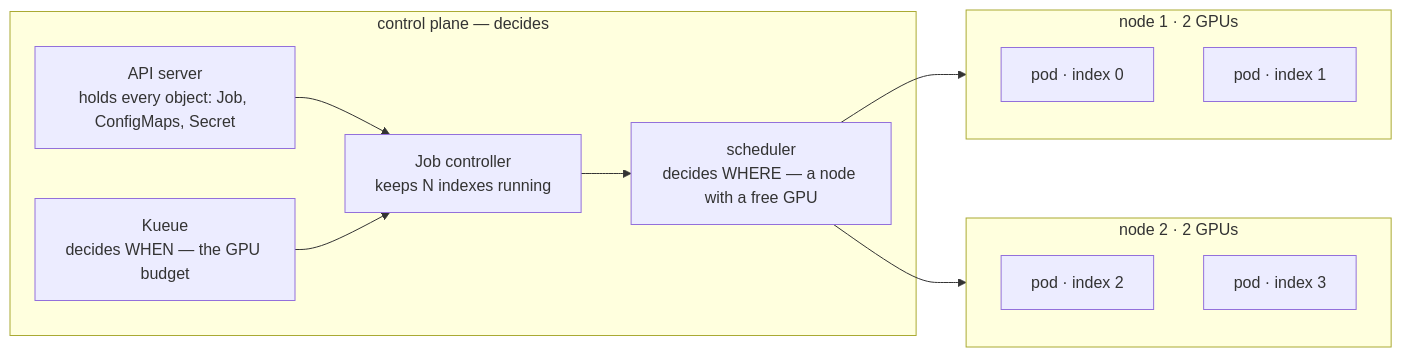
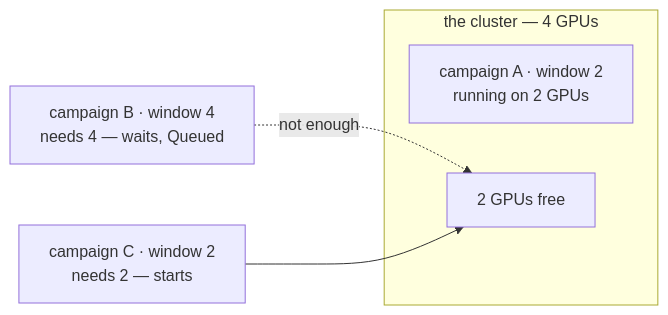
One commit to AI-Riksarkivet/htrflow-batch changed the diagram in docs/slides/assets/part-1-from-one-folder-to-the-archive-7.mmd. Above: the diagram before and after it, drawn with Mermaid. The commit also changed 65 other files, not shown here.

First line of the commit message:
docs(slides): hand-drawn diagrams with icons

```diff
--- a/docs/slides/assets/part-1-from-one-folder-to-the-archive-7.mmd
+++ b/docs/slides/assets/part-1-from-one-folder-to-the-archive-7.mmd
@@ -1,19 +1,9 @@
 flowchart LR
-  subgraph CP["control plane — decides"]
-    API["API server<br/>holds every object: Job, ConfigMaps, Secret"]
-    JC["Job controller<br/>keeps N indexes running"]
-    KQ["Kueue<br/>decides WHEN — the GPU budget"]
-    SCH["scheduler<br/>decides WHERE — a node with a free GPU"]
+  subgraph CL["the cluster — 4 GPUs"]
+    A["campaign A · window 2<br/>running on 2 GPUs"]
+    FREE["2 GPUs free"]
   end
-  subgraph N1["node 1 · 2 GPUs"]
-    P0["pod · index 0"]
-    P1["pod · index 1"]
-  end
-  subgraph N2["node 2 · 2 GPUs"]
-    P2["pod · index 2"]
-    P3["pod · index 3"]
-  end
-  API --> JC --> SCH
-  KQ --> JC
-  SCH --> N1
-  SCH --> N2
+  B["campaign B · window 4<br/>needs 4 — waits, Queued"]
+  C["campaign C · window 2<br/>needs 2 — starts"]
+  B -. "not enough" .-> FREE
+  C --> FREE
```
